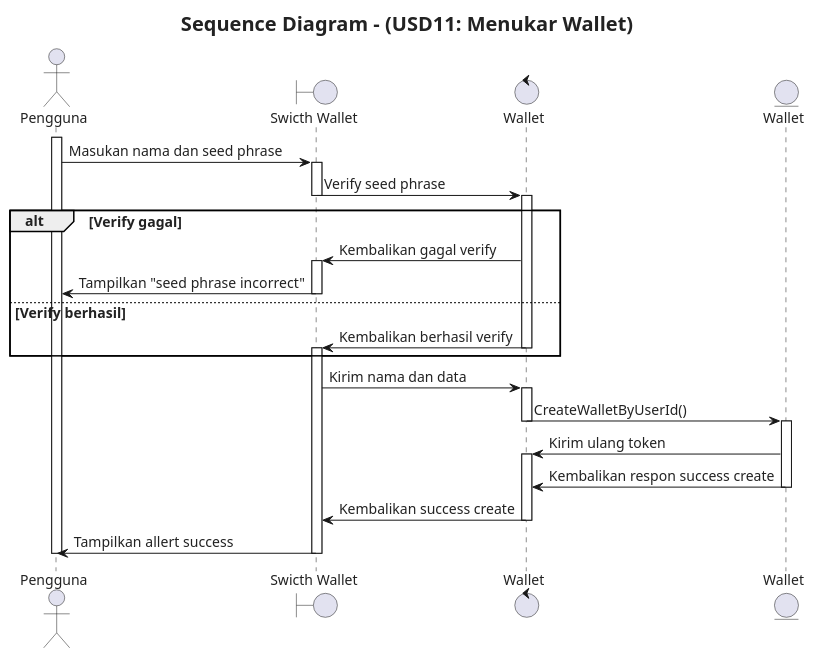
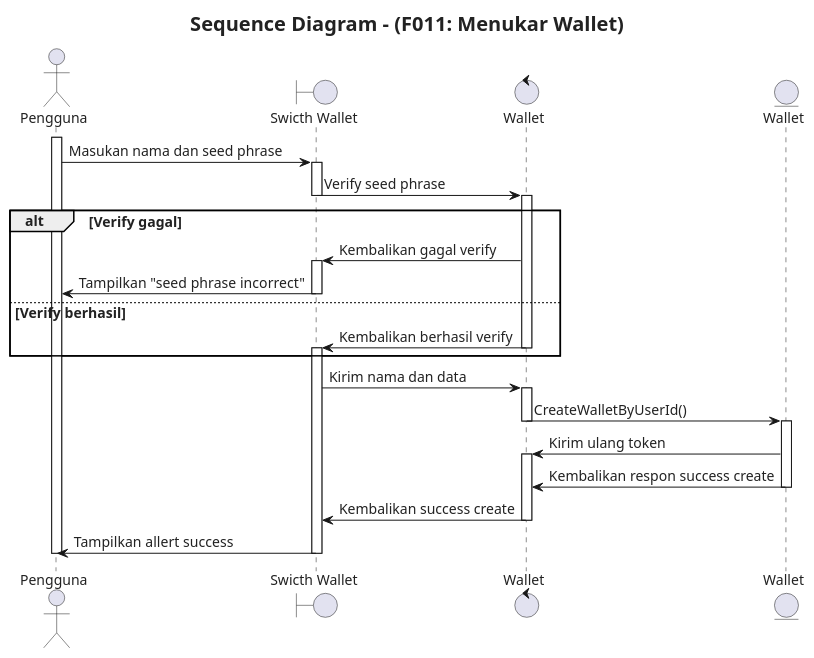
One commit to syafiq-ubay/walldoc-plantUML changed the diagram in sequence-diagram/11_Menukar wallet.puml. Above: the diagram before and after it, drawn with PlantUML. The commit also changed 12 other files, not shown here.

Commit message:
fix code sequence diagram

```diff
--- a/sequence-diagram/11_Menukar wallet.puml
+++ b/sequence-diagram/11_Menukar wallet.puml
@@ -1,44 +1,44 @@
 @startuml
 skinparam defaultFontName "JetBrains Mono"
 skinparam defaultFontSize 14
 skinparam defaultFontColor #222222
 skinparam titleFontSize 20
-title Sequence Diagram - (USD11: Menukar Wallet)
+title Sequence Diagram - (F011: Menukar Wallet)
 
 actor Pengguna as User
 boundary "Swicth Wallet" as View
 control "Wallet" as System
 entity "Wallet" as DB2
 
 activate User
 User -> View: Masukan nama dan seed phrase
 activate View
 View -> System: Verify seed phrase
 deactivate View
 activate System
 
 alt Verify gagal
     System -> View: Kembalikan gagal verify
     activate View
     View -> User: Tampilkan "seed phrase incorrect"
     deactivate View
 else Verify berhasil
     System -> View: Kembalikan berhasil verify
     deactivate System
     activate View
 end
     View -> System: Kirim nama dan data
     activate System
     System -> DB2: CreateWalletByUserId()
     deactivate System
     activate DB2
     DB2 -> System: Kirim ulang token
     activate System
     DB2 -> System: Kembalikan respon success create
     deactivate DB2
     System -> View: Kembalikan success create
     deactivate System
     View -> User: Tampilkan allert success
     deactivate View
 deactivate User
 @enduml
```
